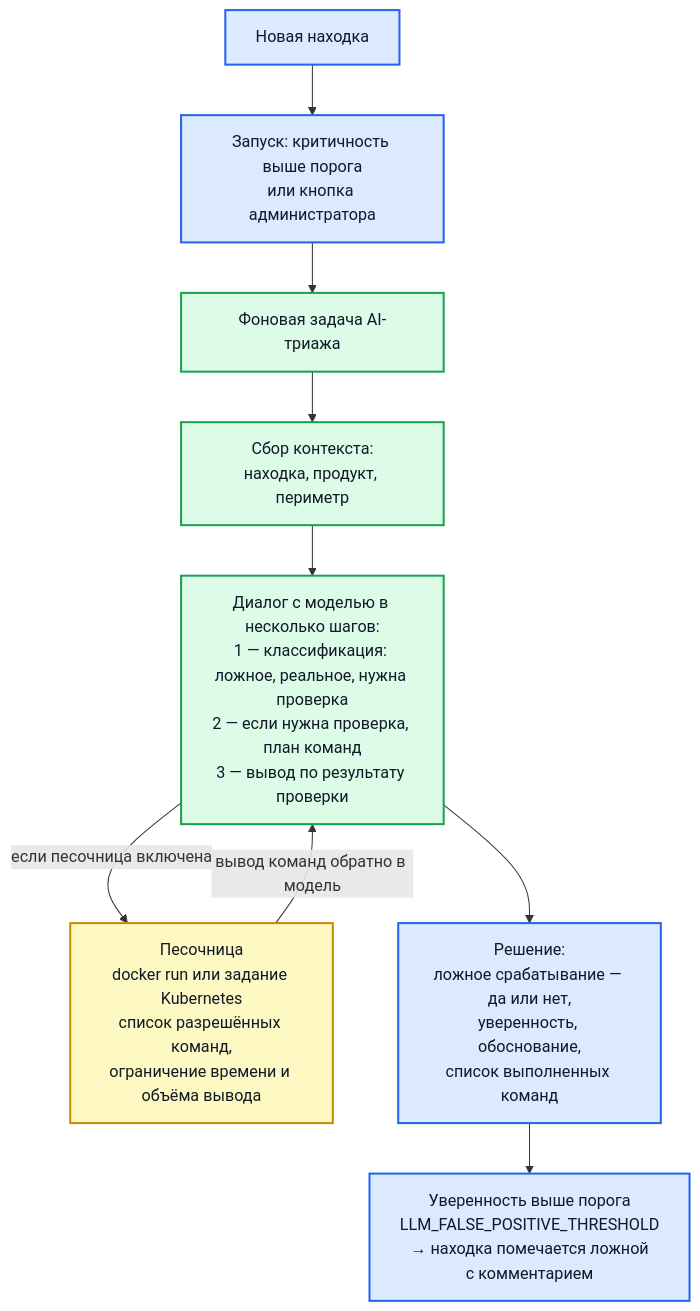
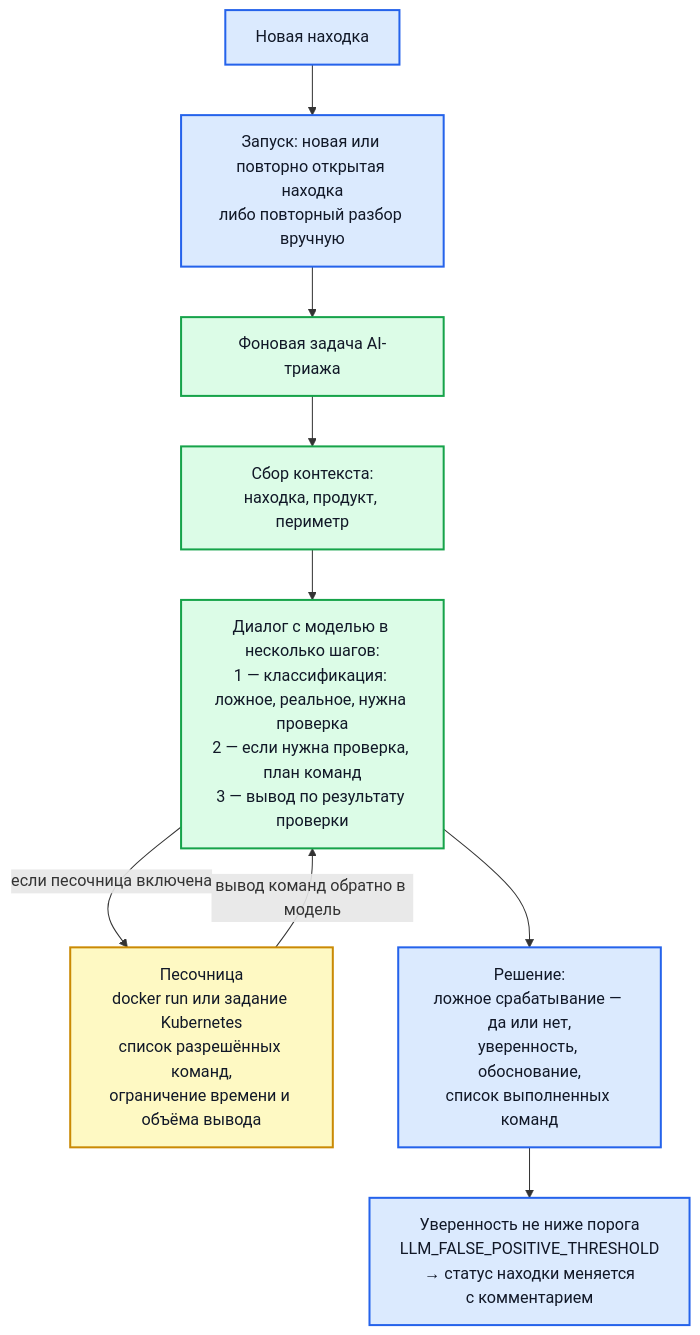
Before and after one commit to s3m4rgl/hub-docs: the diagram in docs/integration-llm.md, drawn with Mermaid. The commit also changed other lines of this file and 53 other files, not shown here.

````diff
--- a/docs/integration-llm.md
+++ b/docs/integration-llm.md
@@ -7,23 +7,23 @@
 ```mermaid
 flowchart TD
     F["Новая находка"]
-    T["Запуск: критичность выше порога<br/>или кнопка администратора"]
+    T["Запуск: новая или повторно открытая находка<br/>либо повторный разбор вручную"]
     W["Фоновая задача AI-триажа"]
     C["Сбор контекста:<br/>находка, продукт, периметр"]
     D["Диалог с моделью в несколько шагов:<br/>1 — классификация: ложное, реальное, нужна проверка<br/>2 — если нужна проверка, план команд<br/>3 — вывод по результату проверки"]
     S["Песочница<br/>docker run или задание Kubernetes<br/>список разрешённых команд,<br/>ограничение времени и объёма вывода"]
     R["Решение:<br/>ложное срабатывание — да или нет,<br/>уверенность, обоснование,<br/>список выполненных команд"]
-    A["Уверенность выше порога<br/>LLM_FALSE_POSITIVE_THRESHOLD<br/>→ находка помечается ложной<br/>с комментарием"]
+    A["Уверенность не ниже порога<br/>LLM_FALSE_POSITIVE_THRESHOLD<br/>→ статус находки меняется<br/>с комментарием"]
 
     F --> T --> W --> C --> D
     D -->|"если песочница включена"| S
     S -->|"вывод команд обратно в модель"| D
     D --> R --> A
 
     classDef hub fill:#dbeafe,stroke:#2563eb,stroke-width:2px,color:#111827
     classDef work fill:#dcfce7,stroke:#16a34a,stroke-width:2px,color:#111827
     classDef box fill:#fef9c3,stroke:#ca8a04,stroke-width:2px,color:#111827
     class F,T,R,A hub
     class W,C,D work
     class S box
 ```
````
